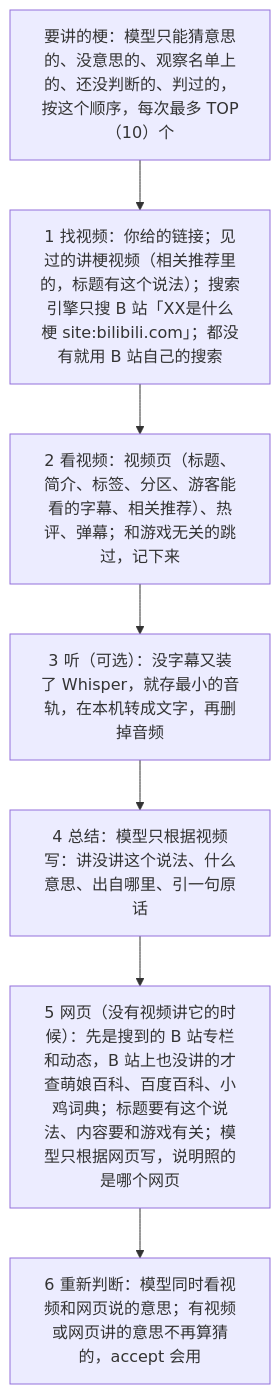
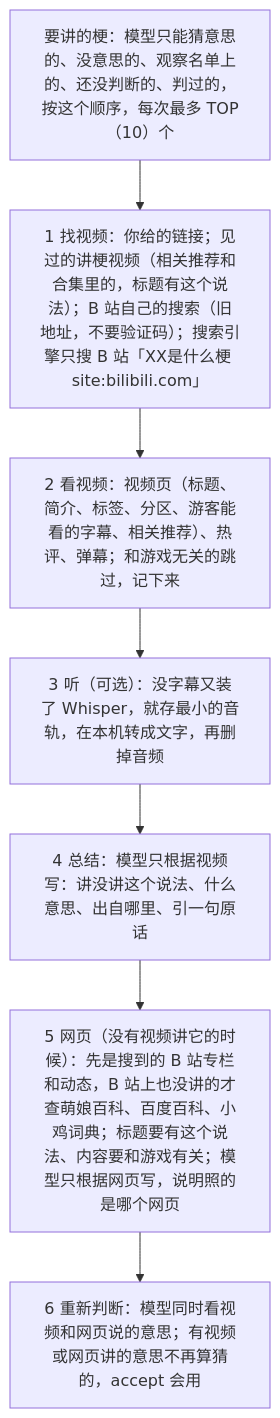
The third of 3 diagrams in docs/DESIGN.md (HHCreator/MemeLearnerBot), drawn with Mermaid before and after one commit. The commit also changed other lines of this file and 6 other files, not shown here.

````diff
--- a/docs/DESIGN.md
+++ b/docs/DESIGN.md
@@ -99,9 +99,9 @@
 ```mermaid
 flowchart TD
-    A["要讲的梗：模型只能猜意思的、没意思的、观察名单上的、还没判断的、判过的，按这个顺序，每次最多 TOP（10）个"] --> B["1 找视频：你给的链接；见过的讲梗视频（相关推荐里的，标题有这个说法）；搜索引擎只搜 B 站「XX是什么梗 site:bilibili.com」；都没有就用 B 站自己的搜索"]
+    A["要讲的梗：模型只能猜意思的、没意思的、观察名单上的、还没判断的、判过的，按这个顺序，每次最多 TOP（10）个"] --> B["1 找视频：你给的链接；见过的讲梗视频（相关推荐和合集里的，标题有这个说法）；B 站自己的搜索（旧地址，不要验证码）；搜索引擎只搜 B 站「XX是什么梗 site:bilibili.com」"]
     B --> C["2 看视频：视频页（标题、简介、标签、分区、游客能看的字幕、相关推荐）、热评、弹幕；和游戏无关的跳过，记下来"]
     C --> D["3 听（可选）：没字幕又装了 Whisper，就存最小的音轨，在本机转成文字，再删掉音频"]
     D --> E["4 总结：模型只根据视频写：讲没讲这个说法、什么意思、出自哪里、引一句原话"]
     E --> W["5 网页（没有视频讲它的时候）：先是搜到的 B 站专栏和动态，B 站上也没讲的才查萌娘百科、百度百科、小鸡词典；标题要有这个说法、内容要和游戏有关；模型只根据网页写，说明照的是哪个网页"]
     W --> F["6 重新判断：模型同时看视频和网页说的意思；有视频或网页讲的意思不再算猜的，accept 会用"]
 ```
````
